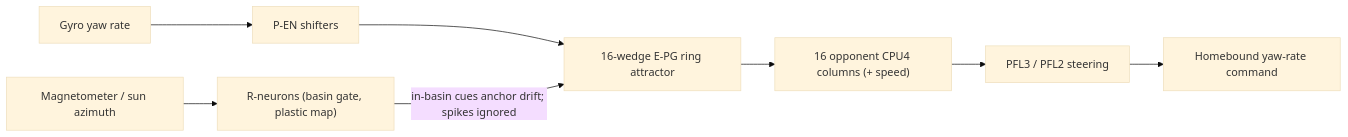
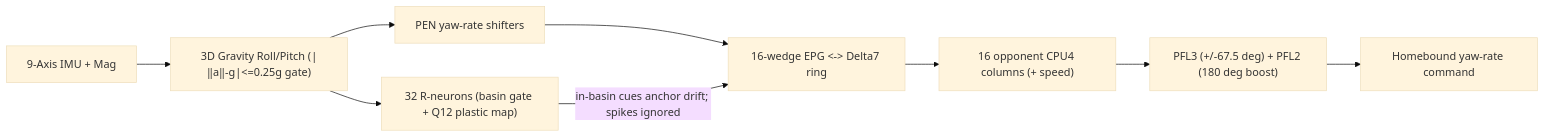
The diagram in packages/neckcompass/README.md (indian-aman/necklink), drawn with Mermaid (base theme) before and after one commit. The commit also changed other lines of this file and 131 other files, not shown here.

````diff
--- a/packages/neckcompass/README.md
+++ b/packages/neckcompass/README.md
@@ -45,10 +43,11 @@
 ```mermaid
 flowchart LR
-    IMU["Gyro yaw rate"] --> PEN["P-EN shifters"]
-    PEN --> EPG["16-wedge E-PG ring attractor"]
-    MAG["Magnetometer / sun azimuth"] --> RN["R-neurons (basin gate, plastic map)"]
+    IMU9["9-Axis IMU + Mag"] --> TILT["3D Gravity Roll/Pitch (|‖a‖-g|<=0.25g gate)"]
+    TILT --> PEN["PEN yaw-rate shifters"]
+    PEN --> EPG["16-wedge EPG <-> Delta7 ring"]
+    TILT --> RN["32 R-neurons (basin gate + Q12 plastic map)"]
     RN -->|"in-basin cues anchor drift; spikes ignored"| EPG
     EPG --> CPU4["16 opponent CPU4 columns (+ speed)"]
-    CPU4 --> PFL3["PFL3 / PFL2 steering"]
-    PFL3 --> HOME["Homebound yaw-rate command"]
+    CPU4 --> PFL["PFL3 (+/-67.5 deg) + PFL2 (180 deg boost)"]
+    PFL --> HOME["Homebound yaw-rate command"]
 ```
````
